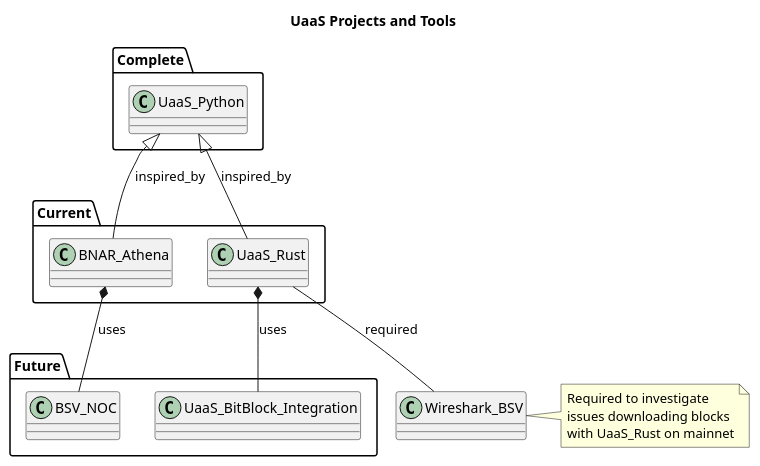
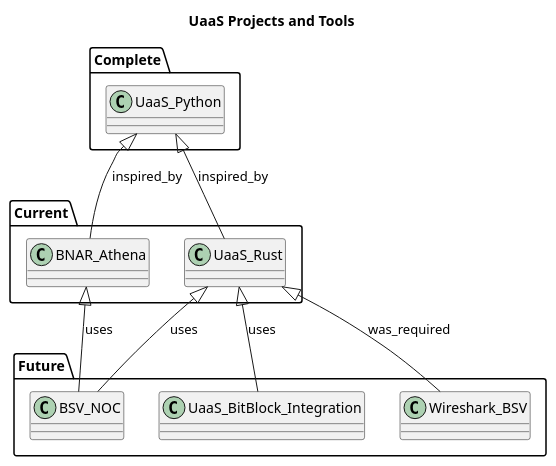
Before and after one commit to nchain-innovation/utxo-as-a-service: the diagram in docs/diagrams/products.puml, drawn with PlantUML. The commit also changed 7 other files, not shown here.

```diff
--- a/docs/diagrams/products.puml
+++ b/docs/diagrams/products.puml
@@ -1,39 +1,34 @@
 @startuml
 title UaaS Projects and Tools
 
 
 package Complete {
     class UaaS_Python
 }
 
 package Current {
     class BNAR_Athena
     class UaaS_Rust
 
 }
 
 BNAR_Athena -up-|> UaaS_Python: inspired_by
 UaaS_Rust -up-|> UaaS_Python: inspired_by
 
-class Wireshark_BSV
-note right
-Required to investigate
-issues downloading blocks
-with UaaS_Rust on mainnet
-end note
 
 package Future {
     class UaaS_BitBlock_Integration
     class BSV_NOC
-
+    class Wireshark_BSV
 }
 
 
-Wireshark_BSV -up- UaaS_Rust :required
-UaaS_BitBlock_Integration -up-* UaaS_Rust: uses
-BSV_NOC -up-* BNAR_Athena: uses
+Wireshark_BSV -up-|> UaaS_Rust : was_required
+UaaS_BitBlock_Integration -up-|> UaaS_Rust: uses
+BSV_NOC -up-|> BNAR_Athena: uses
+BSV_NOC -up-|> UaaS_Rust: uses
 
 
 
 
 @enduml
```
